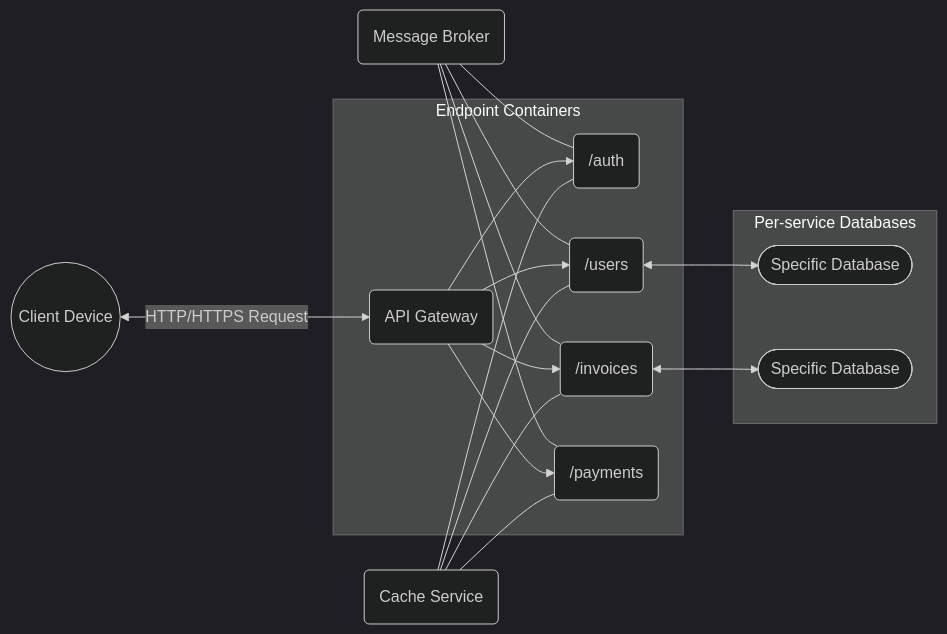
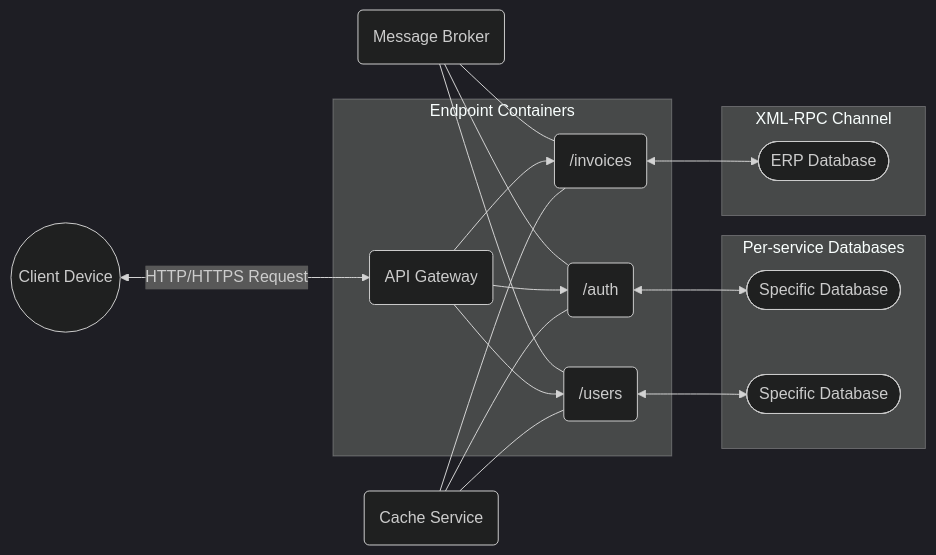
Before and after one commit to Neirth/NestedApi: the diagram in docs/assets/NestedApi-Diagram.mmd, drawn with Mermaid (dark theme). The commit also changed 2 other files, not shown here.

Commit message:
General - Update Schemas and Readme

```diff
--- a/docs/assets/NestedApi-Diagram.mmd
+++ b/docs/assets/NestedApi-Diagram.mmd
@@ -1,24 +1,25 @@
 graph LR
-	A((Client Device)) <--> | HTTP/HTTPS Request | B(API Gateway)
+A((Client Device)) <--> | HTTP/HTTPS Request | B(API Gateway)
 
-	K(Message Broker) --- C
-  K(Message Broker) --- E
-  K(Message Broker) --- G
-	K(Message Broker) --- I
+K(Message Broker) --- C
+K(Message Broker) --- E
+K(Message Broker) --- G
 
-  subgraph "Endpoint Containers"
-	B --> C(/auth)
-  B --> E(/users)
-  B --> G(/invoices)
-  B --> I(/payments)
-	end
+subgraph "Endpoint Containers"
+    B --> C(/auth)
+    B --> E(/users)
+    B --> G(/invoices)
+end
 
-  subgraph "Per-service Databases"
-  E <--> F([Specific Database])
-  G <--> H([Specific Database])
-  end 
+subgraph "Per-service Databases"
+    C <--> F([Specific Database])
+    E <--> H([Specific Database])
+end 
 
-	L(Cache Service) --- C
-  L(Cache Service) --- E
-  L(Cache Service) --- G
-  L(Cache Service) --- I
+subgraph "XML-RPC Channel"
+    G <--> T([ERP Database])
+end 
+
+L(Cache Service) --- C
+L(Cache Service) --- E
+L(Cache Service) --- G
```
